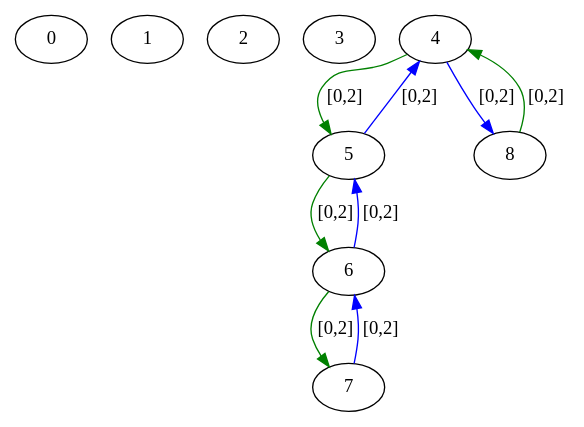
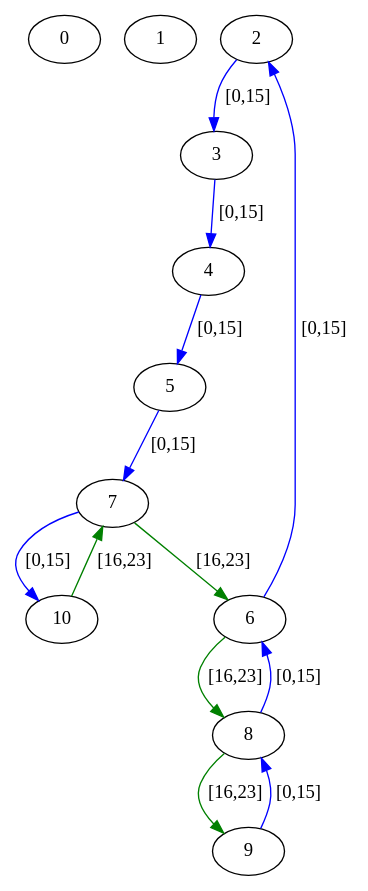
One commit to Hebbe1234/ExpectAll changed the diagram in src/assignedGraphs/assigned.dot. Above: the diagram before and after it, drawn with Graphviz. The commit also changed 11 other files, not shown here.

```diff
--- a/src/assignedGraphs/assigned.dot
+++ b/src/assignedGraphs/assigned.dot
@@ -1,19 +1,25 @@
 digraph  {
-0 [Country="United States", Internal=1, Latitude="42.37843", Longitude="-71.11644", label=0];
-1 [Country="United States", Internal=1, Latitude="37.45383", Longitude="-122.18219", label=1];
-2 [Country="United States", Internal=1, Latitude="34.42083", Longitude="-119.69819", label=2];
-3 [Country="United States", Internal=1, Latitude="34.05223", Longitude="-118.24368", label=3];
-4 [Country="United States", Internal=1, Latitude="34.01945", Longitude="-118.49119", label=4];
-5 [Country="United States", Internal=1, Latitude="34.01945", Longitude="-118.49119", label=5];
-6 [Country="United States", Internal=1, Latitude="40.76078", Longitude="-111.89105", label=6];
-7 [Country="United States", Internal=1, Latitude="42.35954", Longitude="-71.09172", label=7];
-8 [Country="United States", Internal=1, Latitude="42.3751", Longitude="-71.10561", label=8];
-4 -> 8  [color=blue, key=0, label="[0,2]"];
-4 -> 5  [color=green, key=0, label="[0,2]"];
-5 -> 4  [color=blue, key=0, label="[0,2]"];
-5 -> 6  [color=green, key=0, label="[0,2]"];
-6 -> 5  [color=blue, key=0, label="[0,2]"];
-6 -> 7  [color=green, key=0, label="[0,2]"];
-7 -> 6  [color=blue, key=0, label="[0,2]"];
-8 -> 4  [color=green, key=0, label="[0,2]"];
+0 [label=0];
+1 [label=1];
+2 [label=2];
+3 [label=3];
+4 [label=4];
+5 [label=5];
+6 [label=6];
+7 [label=7];
+8 [label=8];
+9 [label=9];
+10 [label=10];
+2 -> 3  [color=blue, key=0, label="[0,15]"];
+3 -> 4  [color=blue, key=0, label="[0,15]"];
+4 -> 5  [color=blue, key=0, label="[0,15]"];
+5 -> 7  [color=blue, key=0, label="[0,15]"];
+6 -> 2  [color=blue, key=0, label="[0,15]"];
+6 -> 8  [color=green, key=0, label="[16,23]"];
+7 -> 10  [color=blue, key=0, label="[0,15]"];
+7 -> 6  [color=green, key=0, label="[16,23]"];
+8 -> 6  [color=blue, key=0, label="[0,15]"];
+8 -> 9  [color=green, key=0, label="[16,23]"];
+9 -> 8  [color=blue, key=0, label="[0,15]"];
+10 -> 7  [color=green, key=0, label="[16,23]"];
 }
```
